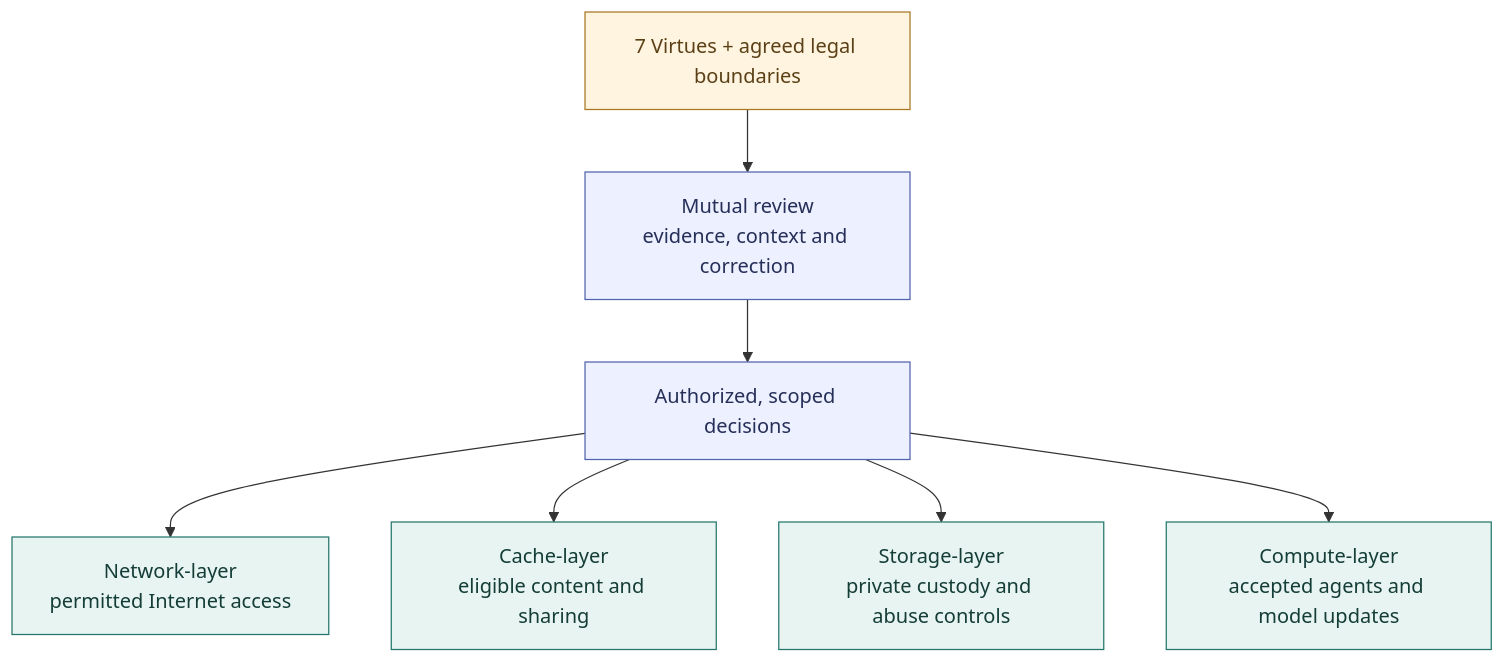
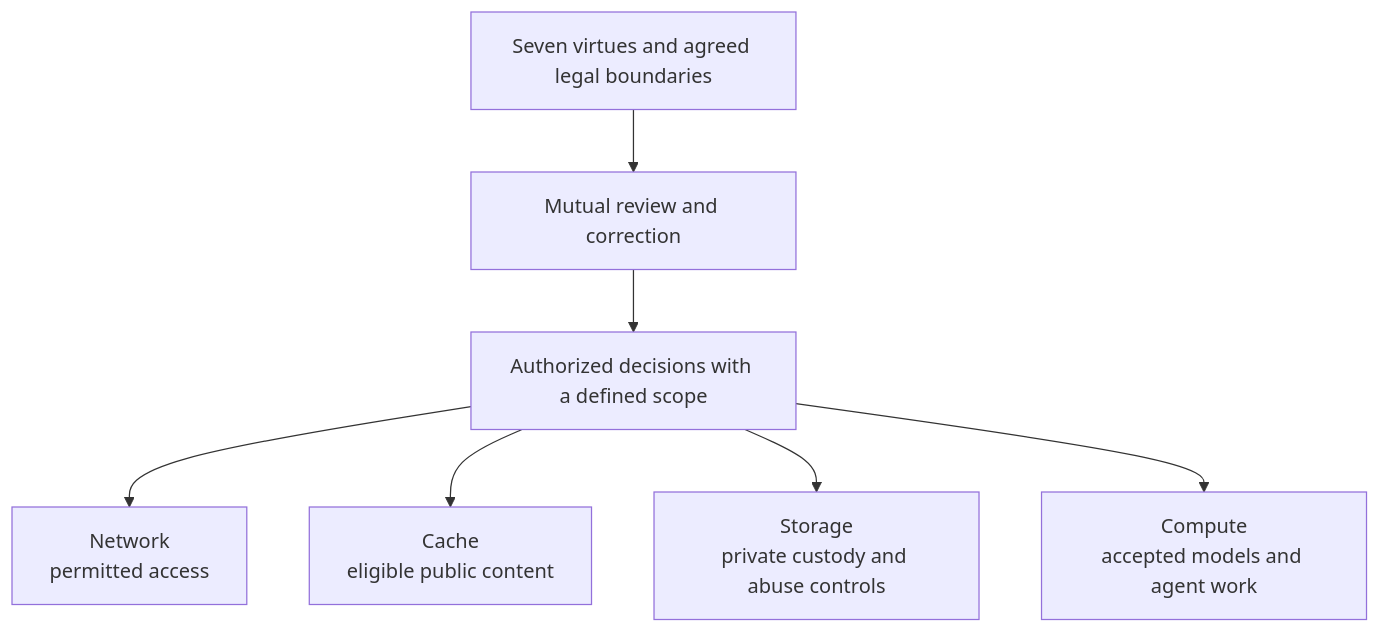
One commit to VOLPAROSSA/volparossa changed the third of 3 diagrams in README.md. Above: the diagram before and after it, drawn with Mermaid. The commit also changed other lines of this file and 6 other files, not shown here.

````diff
--- a/README.md
+++ b/README.md
@@ -631,24 +303,9 @@
 ```mermaid
 flowchart TB
-    P["7 Virtues + agreed legal boundaries"]
-    R["Mutual review<br/>evidence, context and correction"]
-    D["Authorized, scoped decisions"]
-    N["Network-layer<br/>permitted Internet access"]
-    C["Cache-layer<br/>eligible content and sharing"]
-    S["Storage-layer<br/>private custody and abuse controls"]
-    A["Compute-layer<br/>accepted agents and model updates"]
-
-    P --> R
-    R --> D
-    D --> N
-    D --> C
-    D --> S
-    D --> A
-
-    classDef principles fill:#fff4df,stroke:#a97724,color:#5b4017;
-    classDef review fill:#edf0ff,stroke:#5264ad,color:#252f58;
-    classDef layer fill:#e8f4f2,stroke:#24766c,color:#143d37;
-    class P principles;
-    class R,D review;
-    class N,C,S,A layer;
+    V["Seven virtues and agreed legal boundaries"] --> R["Mutual review and correction"]
+    R --> D["Authorized decisions with a defined scope"]
+    D --> N["Network<br/>permitted access"]
+    D --> C["Cache<br/>eligible public content"]
+    D --> S["Storage<br/>private custody and abuse controls"]
+    D --> A["Compute<br/>accepted models and agent work"]
 ```
````
